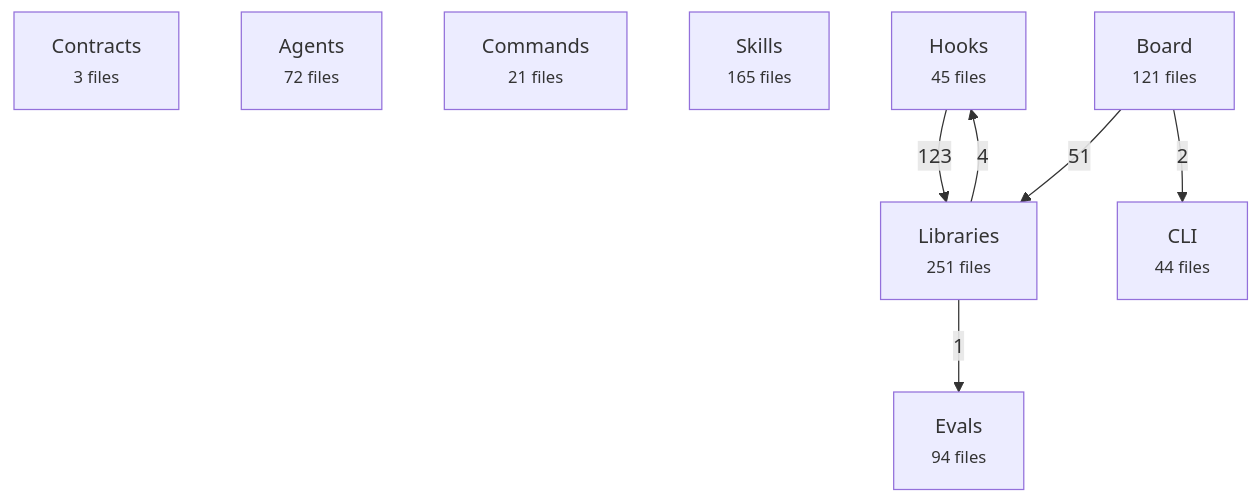
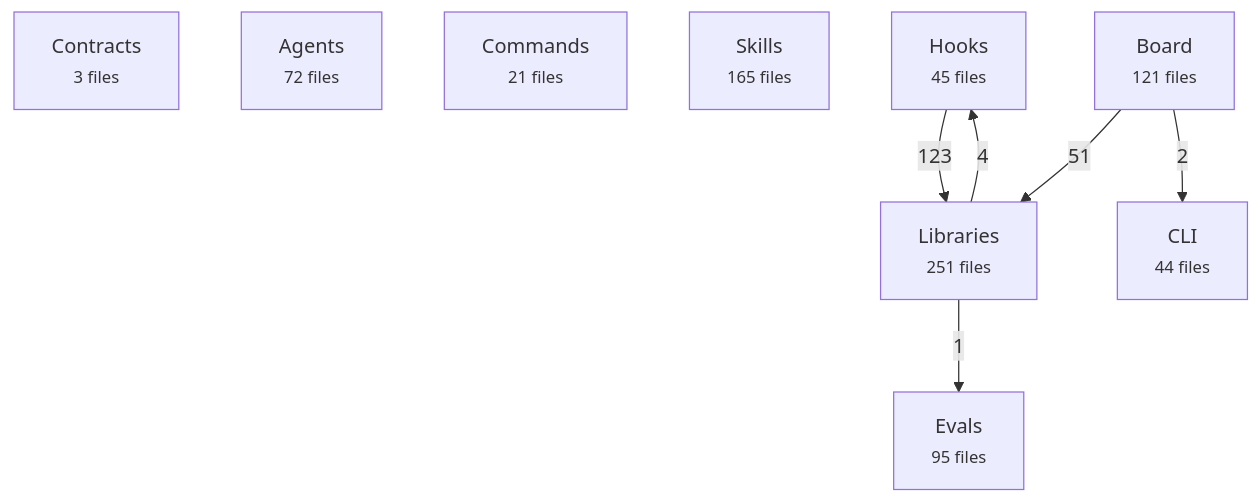
One commit to avelikiy/great_cto changed the first of 2 diagrams in docs/reference/architecture-map.md. Above: the diagram before and after it, drawn with Mermaid. The commit also changed other lines of this file, not shown here.

Commit message:
docs: architecture map counts the claims eval

````diff
--- a/docs/reference/architecture-map.md
+++ b/docs/reference/architecture-map.md
@@ -20,17 +20,17 @@
 ```mermaid
 flowchart TD
   contracts["Contracts<br/><small>3 files</small>"]
   agents["Agents<br/><small>72 files</small>"]
   commands["Commands<br/><small>21 files</small>"]
   skills["Skills<br/><small>165 files</small>"]
   hooks["Hooks<br/><small>45 files</small>"]
   libs["Libraries<br/><small>251 files</small>"]
   board["Board<br/><small>121 files</small>"]
   cli["CLI<br/><small>44 files</small>"]
-  evals["Evals<br/><small>94 files</small>"]
+  evals["Evals<br/><small>95 files</small>"]
   hooks -->|123| libs
   board -->|51| libs
   libs -->|4| hooks
   board -->|2| cli
   libs -->|1| evals
 ```
````
